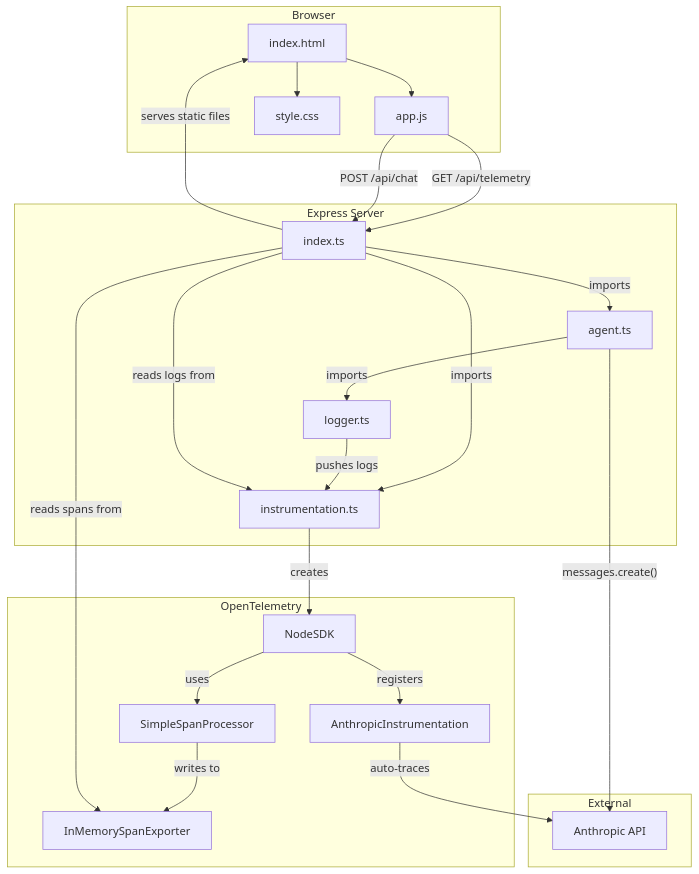
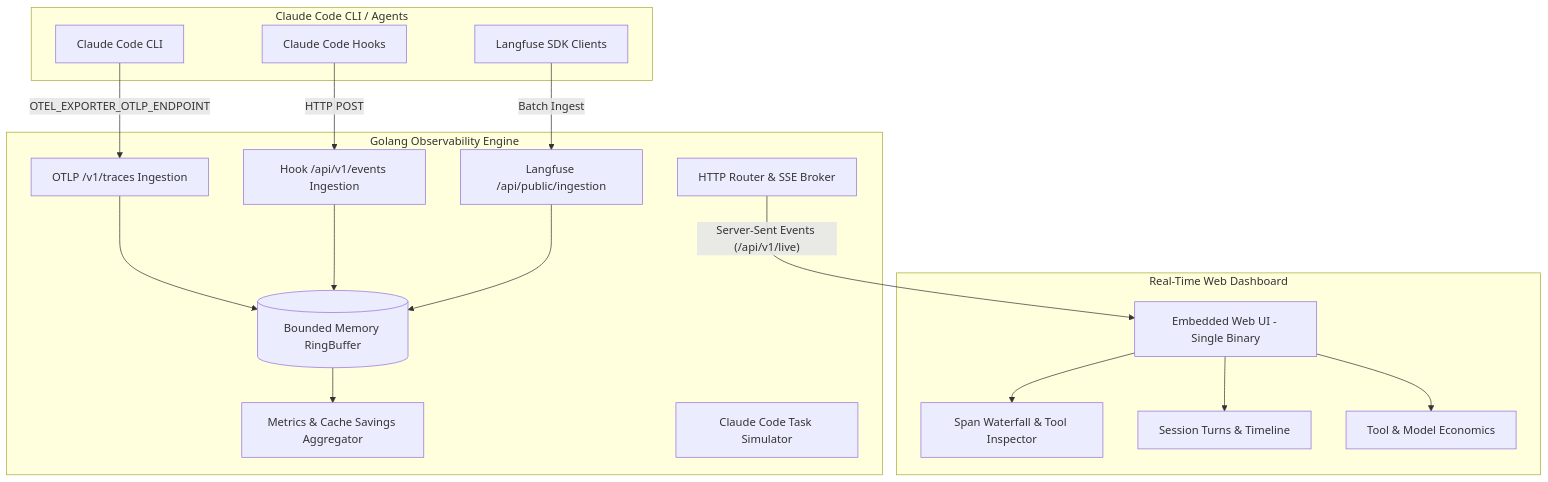
Before and after one commit to sundaram2021/claude-code-observability-system: the diagram in README.md, drawn with Mermaid. The commit also changed other lines of this file, not shown here.

Commit message:
docs: update README with Claude Code observability architecture and OTel guide

````diff
--- a/README.md
+++ b/README.md
@@ -11,48 +11,40 @@
 ```mermaid
 graph TD
-    subgraph Browser
-        HTML[index.html]
-        JS[app.js]
-        CSS[style.css]
-        HTML --> JS
-        HTML --> CSS
+    subgraph ClaudeCode [Claude Code CLI / Agents]
+        CLI[Claude Code CLI]
+        HOOKS[Claude Code Hooks]
+        LANGFUSE[Langfuse SDK Clients]
     end
 
-    subgraph Express Server
-        INDEX[index.ts]
-        INST[instrumentation.ts]
-        AGENT[agent.ts]
-        LOGGER[logger.ts]
+    subgraph GoServer [Golang Observability Engine]
+        ROUTER[HTTP Router & SSE Broker]
+        OTLP[OTLP /v1/traces Ingestion]
+        EVENT_INGEST[Hook /api/v1/events Ingestion]
+        LANGFUSE_INGEST[Langfuse /api/public/ingestion]
+        
+        STORE[(Bounded Memory RingBuffer)]
+        METRICS[Metrics & Cache Savings Aggregator]
+        AGENT_RUNNER[Claude Code Task Simulator]
     end
 
-    subgraph OpenTelemetry
-        SDK[NodeSDK]
-        EXPORTER[InMemorySpanExporter]
-        PROCESSOR[SimpleSpanProcessor]
-        ANTHRO_INST[AnthropicInstrumentation]
+    subgraph WebUI [Real-Time Web Dashboard]
+        UI[Embedded Web UI - Single Binary]
+        WATERFALL[Span Waterfall & Tool Inspector]
+        SESSIONS[Session Turns & Timeline]
+        ANALYTICS[Tool & Model Economics]
     end
 
-    subgraph External
-        ANTHROPIC[Anthropic API]
-    end
-
-    JS -- "GET /api/telemetry" --> INDEX
-    JS -- "POST /api/chat" --> INDEX
-    INDEX -- serves static files --> HTML
-
-    INDEX -- imports --> INST
-    INDEX -- imports --> AGENT
-    AGENT -- imports --> LOGGER
-    LOGGER -- pushes logs --> INST
-
-    INST -- creates --> SDK
-    SDK -- uses --> PROCESSOR
-    PROCESSOR -- writes to --> EXPORTER
-    SDK -- registers --> ANTHRO_INST
-
-    AGENT -- "messages.create()" --> ANTHROPIC
-    ANTHRO_INST -- auto-traces --> ANTHROPIC
-
-    INDEX -- "reads spans from" --> EXPORTER
-    INDEX -- "reads logs from" --> INST
+    CLI -- "OTEL_EXPORTER_OTLP_ENDPOINT" --> OTLP
+    HOOKS -- "HTTP POST" --> EVENT_INGEST
+    LANGFUSE -- "Batch Ingest" --> LANGFUSE_INGEST
+    
+    OTLP --> STORE
+    EVENT_INGEST --> STORE
+    LANGFUSE_INGEST --> STORE
+    
+    STORE --> METRICS
+    ROUTER -- "Server-Sent Events (/api/v1/live)" --> UI
+    UI --> WATERFALL
+    UI --> SESSIONS
+    UI --> ANALYTICS
 ```
````
